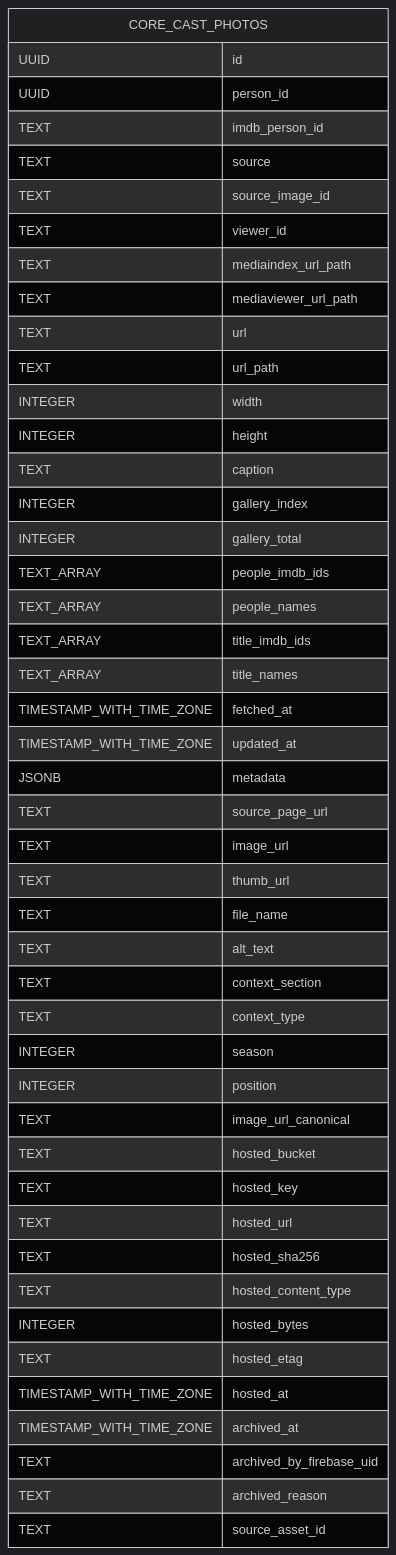
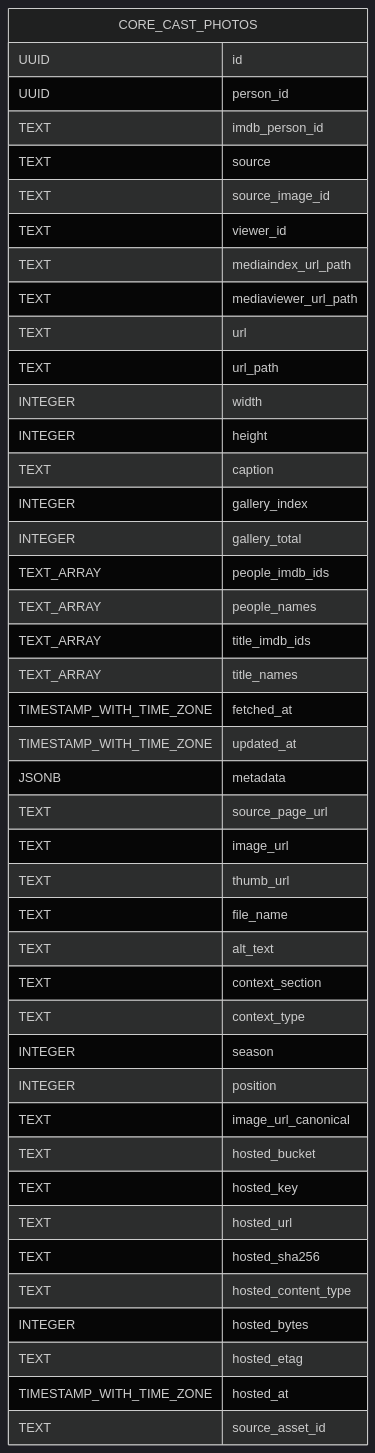
The diagram in supabase/schema_docs/diagrams/core.cast_photos.mermaid.md (therealityreport/trr-backend), drawn with Mermaid (dark theme) before and after one commit. The commit also changed 73 other files, not shown here.

````diff
--- a/supabase/schema_docs/diagrams/core.cast_photos.mermaid.md
+++ b/supabase/schema_docs/diagrams/core.cast_photos.mermaid.md
@@ -4,49 +4,46 @@
 ```mermaid
 erDiagram
     CORE_CAST_PHOTOS {
         UUID id
         UUID person_id
         TEXT imdb_person_id
         TEXT source
         TEXT source_image_id
         TEXT viewer_id
         TEXT mediaindex_url_path
         TEXT mediaviewer_url_path
         TEXT url
         TEXT url_path
         INTEGER width
         INTEGER height
         TEXT caption
         INTEGER gallery_index
         INTEGER gallery_total
         TEXT_ARRAY people_imdb_ids
         TEXT_ARRAY people_names
         TEXT_ARRAY title_imdb_ids
         TEXT_ARRAY title_names
         TIMESTAMP_WITH_TIME_ZONE fetched_at
         TIMESTAMP_WITH_TIME_ZONE updated_at
         JSONB metadata
         TEXT source_page_url
         TEXT image_url
         TEXT thumb_url
         TEXT file_name
         TEXT alt_text
         TEXT context_section
         TEXT context_type
         INTEGER season
         INTEGER position
         TEXT image_url_canonical
         TEXT hosted_bucket
         TEXT hosted_key
         TEXT hosted_url
         TEXT hosted_sha256
         TEXT hosted_content_type
         INTEGER hosted_bytes
         TEXT hosted_etag
         TIMESTAMP_WITH_TIME_ZONE hosted_at
-        TIMESTAMP_WITH_TIME_ZONE archived_at
-        TEXT archived_by_firebase_uid
-        TEXT archived_reason
         TEXT source_asset_id
     }
 ```
````
